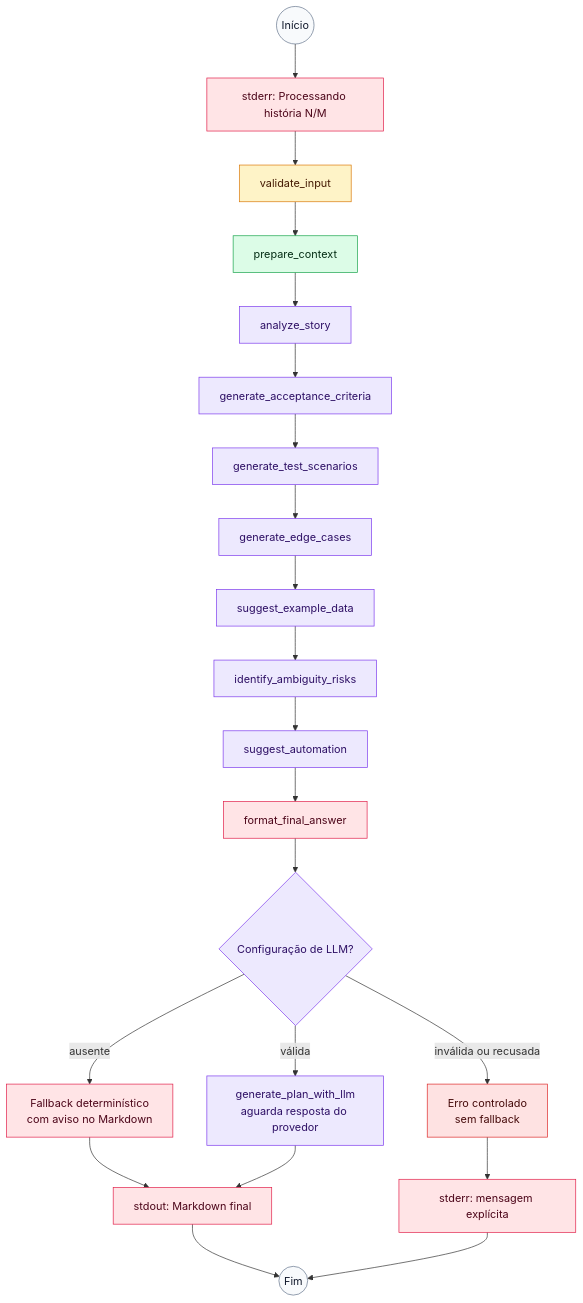
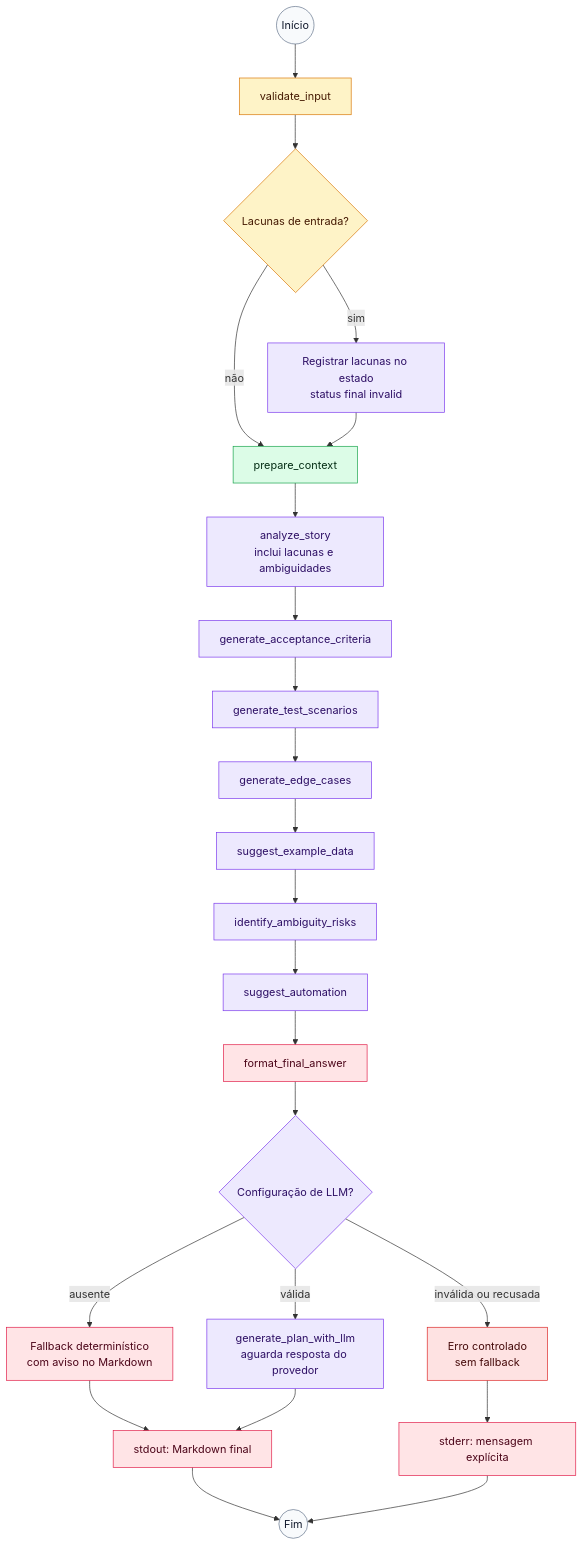
Before and after one commit to geocarlos/test-plan-agent: the second of 2 diagrams in README.md, drawn with Mermaid. The commit also changed 6 other files, not shown here.

Commit message:
docs: wip clarify validation flow diagrams

````diff
--- a/README.md
+++ b/README.md
@@ -76,37 +76,39 @@
 ```mermaid
 flowchart TD
-    start_node((Início)) --> progress_start[stderr: Processando história N/M]
-    progress_start --> validate_input[validate_input]
-    validate_input --> prepare_context[prepare_context]
-    prepare_context --> analyze_story[analyze_story]
+    start_node((Início)) --> validate_input[validate_input]
+    validate_input --> validation_result{Lacunas de entrada?}
+    validation_result -->|não| prepare_context[prepare_context]
+    validation_result -->|sim| keep_gaps[Registrar lacunas no estado<br/>status final invalid]
+    keep_gaps --> prepare_context
+    prepare_context --> analyze_story[analyze_story<br/>inclui lacunas e ambiguidades]
     analyze_story --> acceptance[generate_acceptance_criteria]
     acceptance --> scenarios[generate_test_scenarios]
     scenarios --> edge_cases[generate_edge_cases]
     edge_cases --> example_data[suggest_example_data]
     example_data --> risks[identify_ambiguity_risks]
     risks --> automation[suggest_automation]
     automation --> final_answer[format_final_answer]
     final_answer --> llm_config{Configuração de LLM?}
     llm_config -->|ausente| deterministic_fallback[Fallback determinístico<br/>com aviso no Markdown]
     llm_config -->|válida| llm_request[generate_plan_with_llm<br/>aguarda resposta do provedor]
     llm_config -->|inválida ou recusada| llm_error[Erro controlado<br/>sem fallback]
     deterministic_fallback --> stdout_markdown[stdout: Markdown final]
     llm_request --> stdout_markdown
     llm_error --> stderr_message[stderr: mensagem explícita]
     stdout_markdown --> finish_node((Fim))
     stderr_message --> finish_node
 
     classDef boundaryClass fill:#f8fafc,stroke:#64748b,color:#0f172a
     classDef validationClass fill:#fef3c7,stroke:#d97706,color:#451a03
     classDef contextClass fill:#dcfce7,stroke:#16a34a,color:#052e16
     classDef generationClass fill:#ede9fe,stroke:#7c3aed,color:#2e1065
     classDef finalClass fill:#ffe4e6,stroke:#e11d48,color:#4c0519
     classDef errorClass fill:#fee2e2,stroke:#dc2626,color:#450a0a
 
     class start_node,finish_node boundaryClass
-    class validate_input validationClass
+    class validate_input,validation_result validationClass
     class prepare_context contextClass
-    class analyze_story,acceptance,scenarios,edge_cases,example_data,risks,automation,llm_config,llm_request generationClass
-    class final_answer,progress_start,deterministic_fallback,stdout_markdown,stderr_message finalClass
+    class keep_gaps,analyze_story,acceptance,scenarios,edge_cases,example_data,risks,automation,llm_config,llm_request generationClass
+    class final_answer,deterministic_fallback,stdout_markdown,stderr_message finalClass
     class llm_error errorClass
 ```
````
